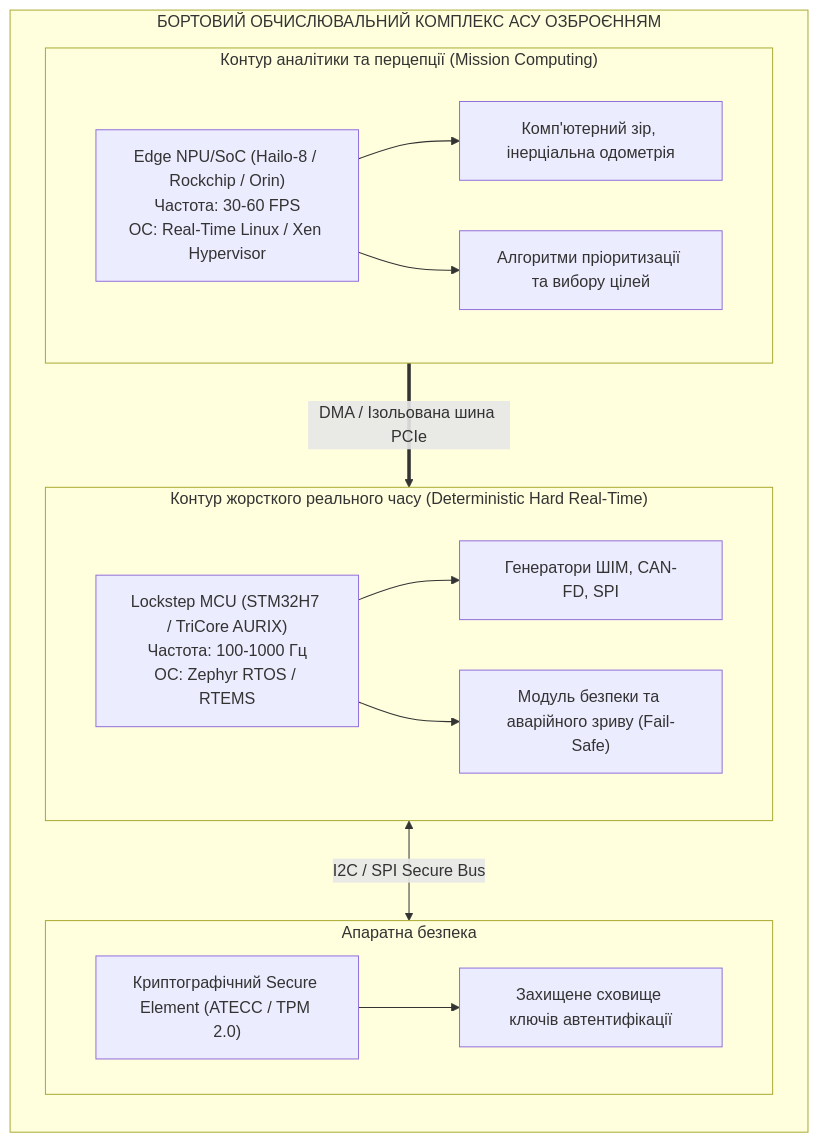
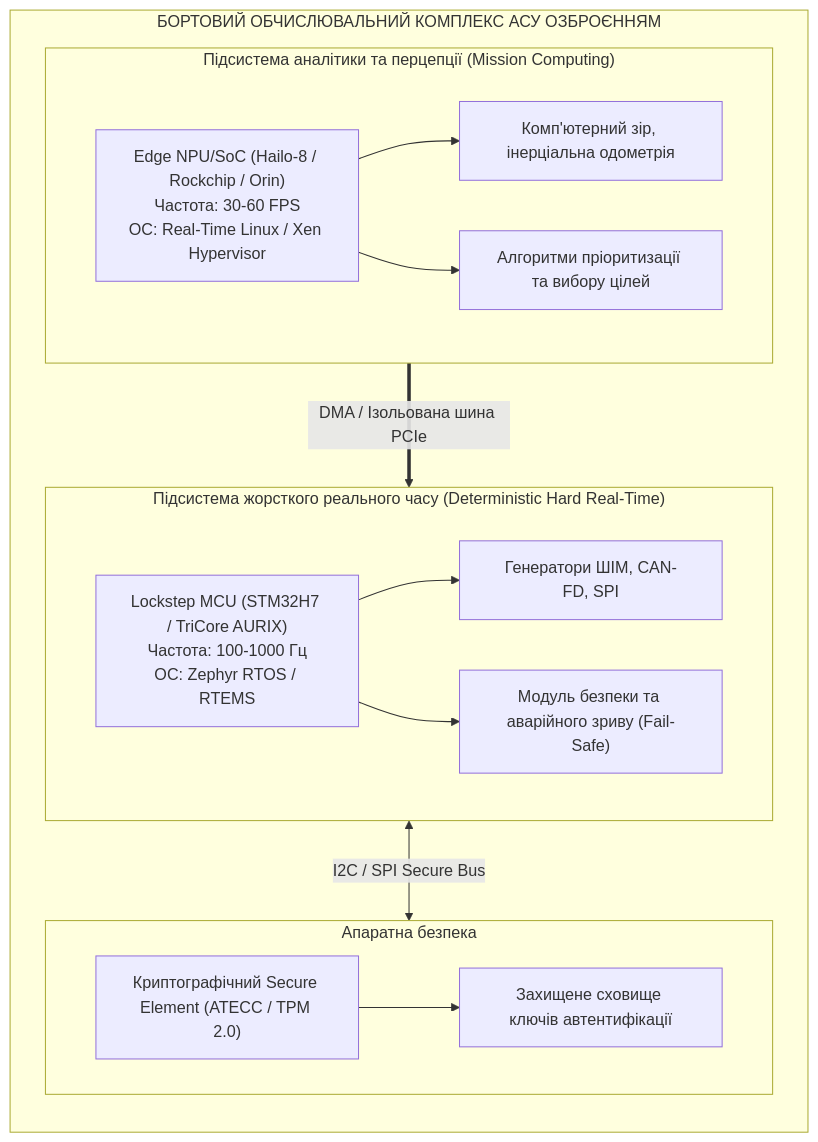
Before and after one commit to nick-fedchik/articles: the fourth of 4 diagrams in MilTech/Military-Cybernetics-Weapons-Control-Systems-UA.md, drawn with Mermaid. The commit also changed other lines of this file and 10 other files, not shown here.

````diff
--- a/MilTech/Military-Cybernetics-Weapons-Control-Systems-UA.md
+++ b/MilTech/Military-Cybernetics-Weapons-Control-Systems-UA.md
@@ -171,30 +171,30 @@
 ```mermaid
 flowchart TB
     subgraph System["БОРТОВИЙ ОБЧИСЛЮВАЛЬНИЙ КОМПЛЕКС АСУ ОЗБРОЄННЯМ"]
         direction TB
-        subgraph HardRealTime["Контур жорсткого реального часу (Deterministic Hard Real-Time)"]
+        subgraph HardRealTime["Підсистема жорсткого реального часу (Deterministic Hard Real-Time)"]
             MCU["Lockstep MCU (STM32H7 / TriCore AURIX)\nЧастота: 100-1000 Гц\nОС: Zephyr RTOS / RTEMS"]
             PWM["Генератори ШІМ, CAN-FD, SPI"]
             Safety["Модуль безпеки та аварійного зриву (Fail-Safe)"]
             MCU --> PWM
             MCU --> Safety
         end
 
-        subgraph SoftRealTime["Контур аналітики та перцепції (Mission Computing)"]
+        subgraph SoftRealTime["Підсистема аналітики та перцепції (Mission Computing)"]
             SBC["Edge NPU/SoC (Hailo-8 / Rockchip / Orin)\nЧастота: 30-60 FPS\nОС: Real-Time Linux / Xen Hypervisor"]
             Vision["Комп'ютерний зір, інерціальна одометрія"]
             Targeting["Алгоритми пріоритизації та вибору цілей"]
             SBC --> Vision
             SBC --> Targeting
         end
 
         subgraph CryptoCore["Апаратна безпека"]
             RoT["Криптографічний Secure Element (ATECC / TPM 2.0)"]
             KeyStorage["Захищене сховище ключів автентифікації"]
             RoT --> KeyStorage
         end
 
         SoftRealTime ==>|"DMA / Ізольована шина PCIe"| HardRealTime
         HardRealTime <-->|"I2C / SPI Secure Bus"| CryptoCore
     end
 ```
````
